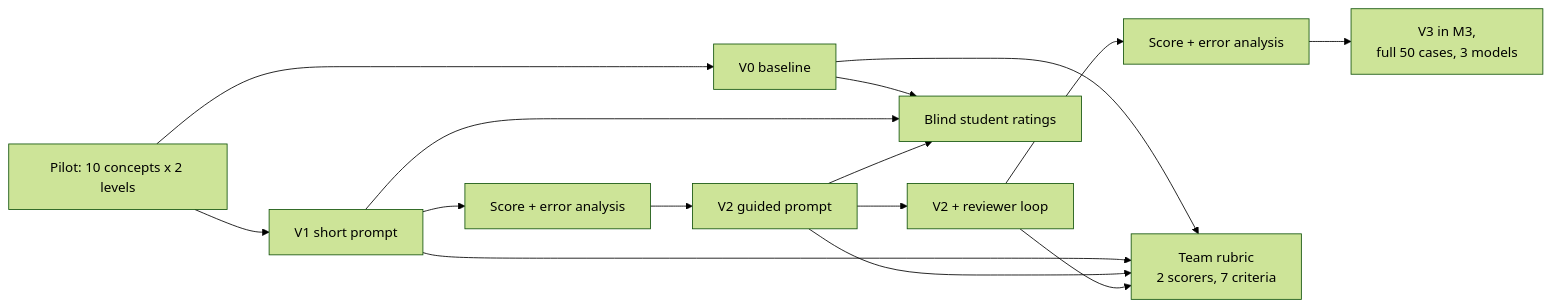
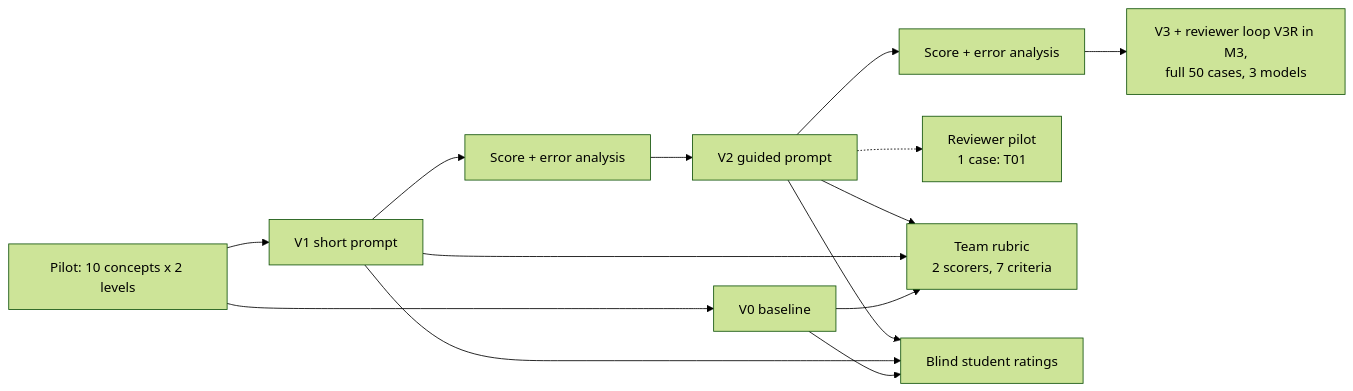
The third of 3 diagrams in design/design.md (jnsuhani/matrabhasha.ai), drawn with Mermaid (forest theme) before and after one commit. The commit also changed other lines of this file and 10 other files, not shown here.

Commit message:
Move reviewer to the final prompt; keep T01 reviewer pilot run (Suhani)

````diff
--- a/design/design.md
+++ b/design/design.md
@@ -58,10 +57,10 @@
 ```mermaid
 flowchart LR
     T[Pilot: 10 concepts x 2 levels] --> V0[V0 baseline]
     T --> V1[V1 short prompt]
     V1 --> EA1[Score + error analysis] --> V2[V2 guided prompt]
-    V2 --> V2R[V2 + reviewer loop]
-    V2R --> EA2[Score + error analysis] --> V3[V3 in M3,<br/>full 50 cases, 3 models]
-    V0 & V1 & V2 & V2R --> S1[Team rubric<br/>2 scorers, 7 criteria]
+    V2 --> EA2[Score + error analysis] --> V3[V3 + reviewer loop V3R in M3,<br/>full 50 cases, 3 models]
+    V2 -.-> RP[Reviewer pilot<br/>1 case: T01]
+    V0 & V1 & V2 --> S1[Team rubric<br/>2 scorers, 7 criteria]
     V0 & V1 & V2 --> S2[Blind student ratings]
 ```
````
